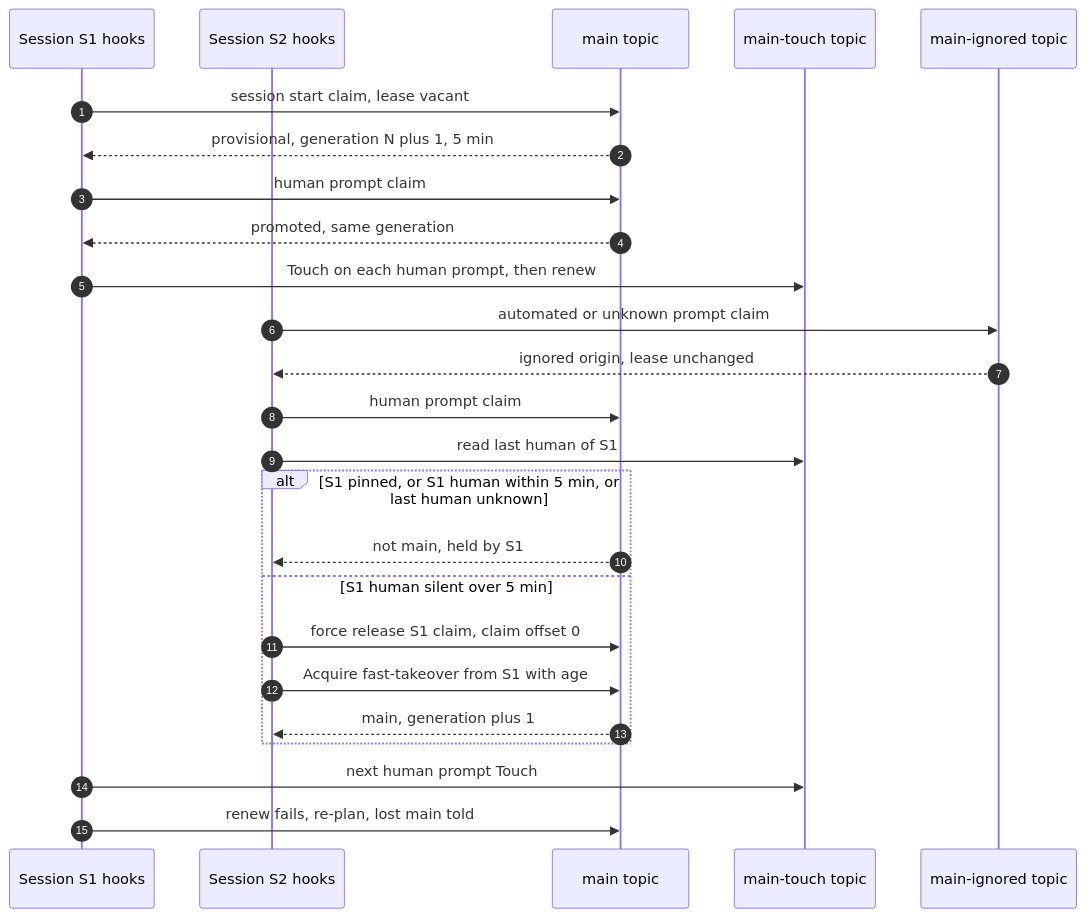
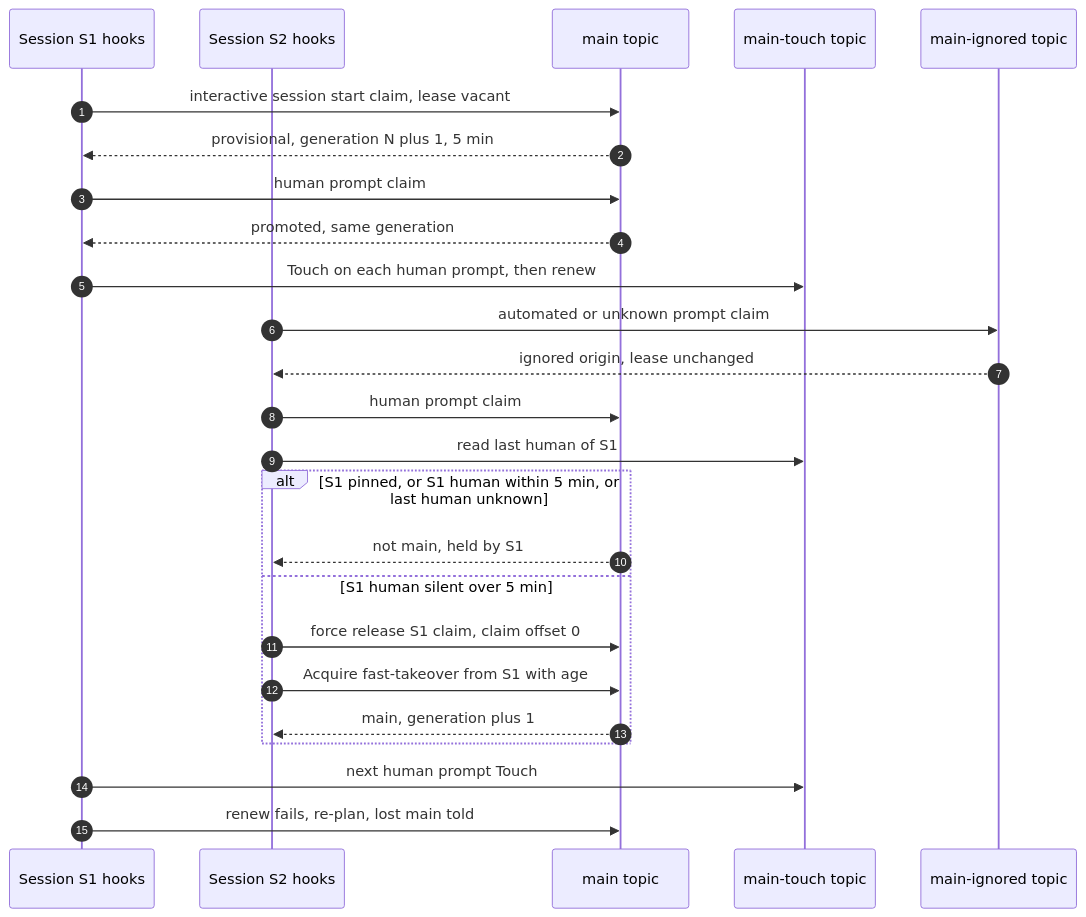
The tenth of 11 diagrams in docs/design/interactive-agent-communication-06-pseudo-code.md (DimitriGeelen/termlink), drawn with Mermaid before and after one commit. The commit also changed other lines of this file and 1 other file, not shown here.

````diff
--- a/docs/design/interactive-agent-communication-06-pseudo-code.md
+++ b/docs/design/interactive-agent-communication-06-pseudo-code.md
@@ -1771,27 +2044,27 @@
 ```mermaid
 sequenceDiagram
   autonumber
   participant S1 as Session S1 hooks
   participant S2 as Session S2 hooks
   participant LT as main topic
   participant TT as main-touch topic
   participant IT as main-ignored topic
-  S1->>LT: session start claim, lease vacant
+  S1->>LT: interactive session start claim, lease vacant
   LT-->>S1: provisional, generation N plus 1, 5 min
   S1->>LT: human prompt claim
   LT-->>S1: promoted, same generation
   S1->>TT: Touch on each human prompt, then renew
   S2->>IT: automated or unknown prompt claim
   IT-->>S2: ignored origin, lease unchanged
   S2->>LT: human prompt claim
   S2->>TT: read last human of S1
   alt S1 pinned, or S1 human within 5 min, or last human unknown
     LT-->>S2: not main, held by S1
   else S1 human silent over 5 min
     S2->>LT: force release S1 claim, claim offset 0
     S2->>LT: Acquire fast-takeover from S1 with age
     LT-->>S2: main, generation plus 1
   end
   S1->>TT: next human prompt Touch
   S1->>LT: renew fails, re-plan, lost main told
 ```
````
